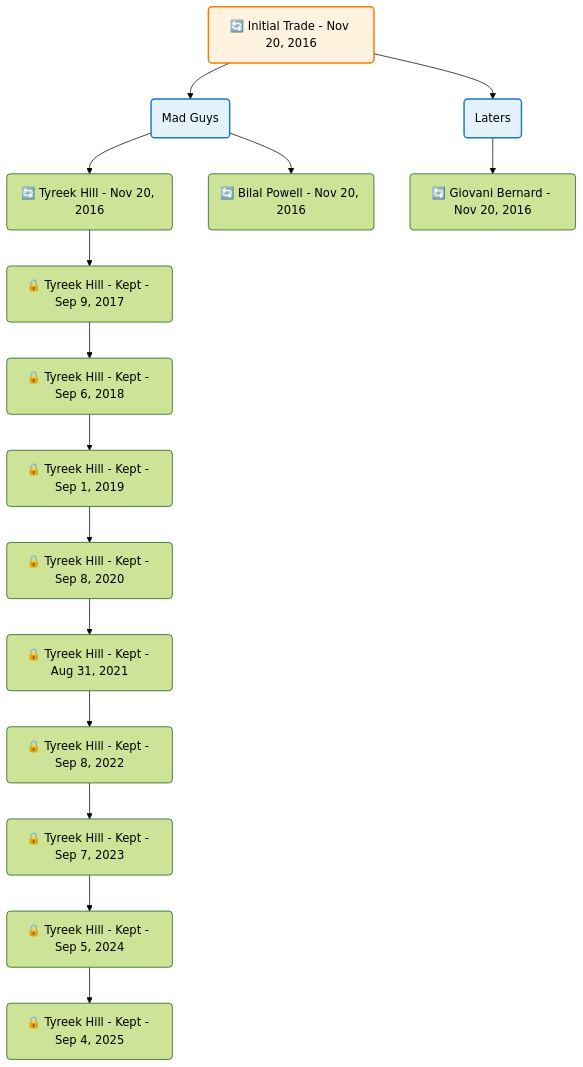
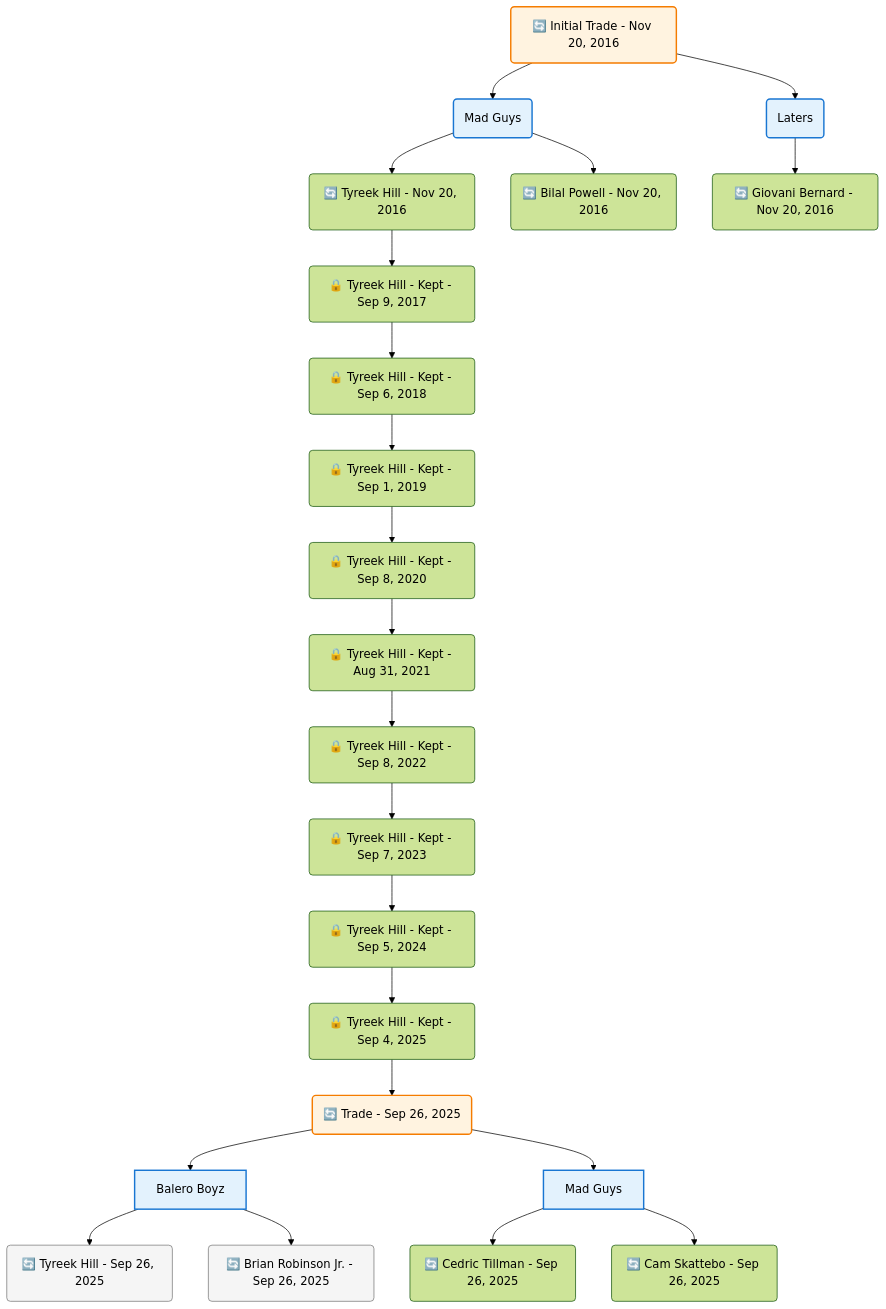
The diagram in frontend/public/data/trade-trees/mermaid/da8b1da1-5d44-4d8e-9111-9420caa35632.mmd (bsnooks/FantasyArchive), drawn with Mermaid (forest theme) before and after one commit. The commit also changed 332 other files, not shown here.

```diff
--- a/frontend/public/data/trade-trees/mermaid/da8b1da1-5d44-4d8e-9111-9420caa35632.mmd
+++ b/frontend/public/data/trade-trees/mermaid/da8b1da1-5d44-4d8e-9111-9420caa35632.mmd
@@ -1,44 +1,59 @@
 flowchart TD
 
     TRADE_MAIN("🔄 Initial Trade - Nov 20, 2016")
     TEAM_1("Mad Guys")
     TEAM_2("Laters")
     NODE_cb5e5008-c655-47c3-92de-35482e201a81("🔄 Tyreek Hill - Nov 20, 2016")
     NODE_5c667e73-a4e7-40ae-86b2-a7c729b5268e("🔒 Tyreek Hill - Kept - Sep 9, 2017")
     NODE_d6196b16-8b26-41f1-b1ef-069851be39dd("🔒 Tyreek Hill - Kept - Sep 6, 2018")
     NODE_d9222978-6e47-4676-8487-3116d96d604d("🔒 Tyreek Hill - Kept - Sep 1, 2019")
     NODE_b1bfde38-d701-4689-9404-be68fd8c7bc8("🔒 Tyreek Hill - Kept - Sep 8, 2020")
     NODE_e404fe45-0068-42cf-a190-2ce0a595d228("🔒 Tyreek Hill - Kept - Aug 31, 2021")
     NODE_9054af06-f7ec-472c-9216-2c2e4903052e("🔒 Tyreek Hill - Kept - Sep 8, 2022")
     NODE_657e38f1-97c9-462d-b9bd-9cd64f45ce10("🔒 Tyreek Hill - Kept - Sep 7, 2023")
     NODE_a83e97dc-e54c-48b2-8509-25bf2281dc6f("🔒 Tyreek Hill - Kept - Sep 5, 2024")
     NODE_f70e0ed1-5b08-4a6b-ac3b-4bb4d92dfa05("🔒 Tyreek Hill - Kept - Sep 4, 2025")
+    TRADE_032cb055-8a01-4db9-aaaa-434d8f5406e6_3("🔄 Trade - Sep 26, 2025")
+    TEAM_2feaf03e-fb22-498e-ac8f-e596b6ba7810_4["Balero Boyz"]
+    NODE_f954db06-e176-4e56-a3c7-1a92f73056af("🔄 Tyreek Hill - Sep 26, 2025")
+    NODE_f70d2159-092e-49fc-a811-a2c36b3f88d1("🔄 Brian Robinson Jr. - Sep 26, 2025")
+    TEAM_f5908944-6efd-40eb-af54-6c53004e0e2f_5["Mad Guys"]
+    NODE_6b9cbecd-286f-4350-b5cc-6b7eab445166("🔄 Cedric Tillman - Sep 26, 2025")
+    NODE_d695c796-5904-4371-a281-e60969bf8c2c("🔄 Cam Skattebo - Sep 26, 2025")
     NODE_10dd79a1-6570-4431-a771-3df24329d81d("🔄 Giovani Bernard - Nov 20, 2016")
     NODE_04609d83-2252-4de2-b79c-563486ff81d1("🔄 Bilal Powell - Nov 20, 2016")
 
     TRADE_MAIN --> TEAM_1
     TRADE_MAIN --> TEAM_2
     TEAM_1 --> NODE_cb5e5008-c655-47c3-92de-35482e201a81
     NODE_cb5e5008-c655-47c3-92de-35482e201a81 --> NODE_5c667e73-a4e7-40ae-86b2-a7c729b5268e
     NODE_5c667e73-a4e7-40ae-86b2-a7c729b5268e --> NODE_d6196b16-8b26-41f1-b1ef-069851be39dd
     NODE_d6196b16-8b26-41f1-b1ef-069851be39dd --> NODE_d9222978-6e47-4676-8487-3116d96d604d
     NODE_d9222978-6e47-4676-8487-3116d96d604d --> NODE_b1bfde38-d701-4689-9404-be68fd8c7bc8
     NODE_b1bfde38-d701-4689-9404-be68fd8c7bc8 --> NODE_e404fe45-0068-42cf-a190-2ce0a595d228
     NODE_e404fe45-0068-42cf-a190-2ce0a595d228 --> NODE_9054af06-f7ec-472c-9216-2c2e4903052e
     NODE_9054af06-f7ec-472c-9216-2c2e4903052e --> NODE_657e38f1-97c9-462d-b9bd-9cd64f45ce10
     NODE_657e38f1-97c9-462d-b9bd-9cd64f45ce10 --> NODE_a83e97dc-e54c-48b2-8509-25bf2281dc6f
     NODE_a83e97dc-e54c-48b2-8509-25bf2281dc6f --> NODE_f70e0ed1-5b08-4a6b-ac3b-4bb4d92dfa05
+    NODE_f70e0ed1-5b08-4a6b-ac3b-4bb4d92dfa05 --> TRADE_032cb055-8a01-4db9-aaaa-434d8f5406e6_3
+    TRADE_032cb055-8a01-4db9-aaaa-434d8f5406e6_3 --> TEAM_2feaf03e-fb22-498e-ac8f-e596b6ba7810_4
+    TEAM_2feaf03e-fb22-498e-ac8f-e596b6ba7810_4 --> NODE_f954db06-e176-4e56-a3c7-1a92f73056af
+    TEAM_2feaf03e-fb22-498e-ac8f-e596b6ba7810_4 --> NODE_f70d2159-092e-49fc-a811-a2c36b3f88d1
+    TRADE_032cb055-8a01-4db9-aaaa-434d8f5406e6_3 --> TEAM_f5908944-6efd-40eb-af54-6c53004e0e2f_5
+    TEAM_f5908944-6efd-40eb-af54-6c53004e0e2f_5 --> NODE_6b9cbecd-286f-4350-b5cc-6b7eab445166
+    TEAM_f5908944-6efd-40eb-af54-6c53004e0e2f_5 --> NODE_d695c796-5904-4371-a281-e60969bf8c2c
     TEAM_2 --> NODE_10dd79a1-6570-4431-a771-3df24329d81d
     TEAM_1 --> NODE_04609d83-2252-4de2-b79c-563486ff81d1
 
     %% Node styling
     classDef teamNode fill:#e3f2fd,stroke:#1976d2,stroke-width:2px
     classDef tradeNode fill:#fff3e0,stroke:#f57c00,stroke-width:2px
     classDef playerNode fill:#f3e5f5,stroke:#7b1fa2,stroke-width:1px
     classDef nonRootPlayerNode fill:#f5f5f5,stroke:#757575,stroke-width:1px
     classDef endNode fill:#ffebee,stroke:#c62828,stroke-width:2px
     classDef waiverNode fill:#e8f5e8,stroke:#388e3c,stroke-width:2px
     classDef championshipNode fill:#fff9c4,stroke:#f57f17,stroke-width:3px
 
-    class TEAM_1,TEAM_2 teamNode
-    class TRADE_MAIN tradeNode
+    class TEAM_1,TEAM_2,TEAM_2feaf03e-fb22-498e-ac8f-e596b6ba7810_4,TEAM_f5908944-6efd-40eb-af54-6c53004e0e2f_5 teamNode
+    class NODE_f954db06-e176-4e56-a3c7-1a92f73056af,NODE_f70d2159-092e-49fc-a811-a2c36b3f88d1 nonRootPlayerNode
+    class TRADE_MAIN,TRADE_032cb055-8a01-4db9-aaaa-434d8f5406e6_3 tradeNode
```
